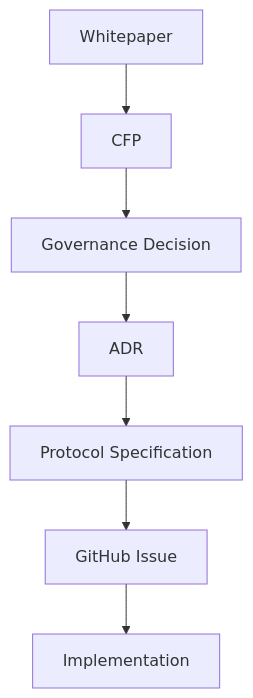
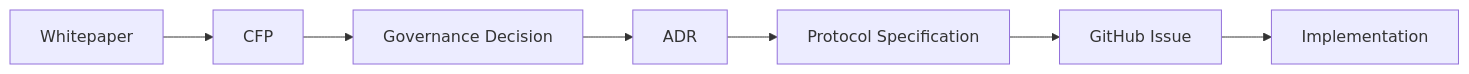
Before and after one commit to ShigeichiroYamasaki/creator-first-platform: the diagram in docs/adr/index.md, drawn with Mermaid. The commit also changed other lines of this file and 1 other file, not shown here.

Commit message:
ADR-0005追加

````diff
--- a/docs/adr/index.md
+++ b/docs/adr/index.md
@@ -12,12 +12,12 @@
 ```mermaid
-flowchart TD
+flowchart LR
     WP[Whitepaper]
     CFP[CFP]
     GOV[Governance Decision]
     ADR[ADR]
     SPEC[Protocol Specification]
     ISSUE[GitHub Issue]
     CODE[Implementation]
 
     WP --> CFP --> GOV --> ADR --> SPEC --> ISSUE --> CODE
 ```
````
